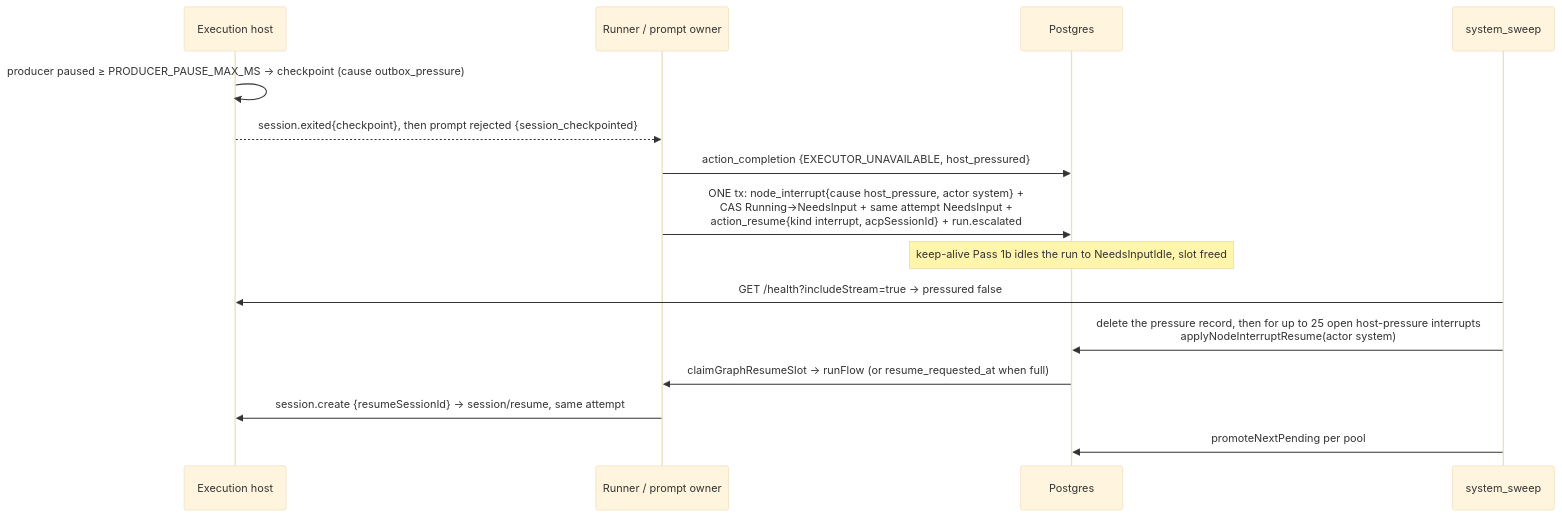
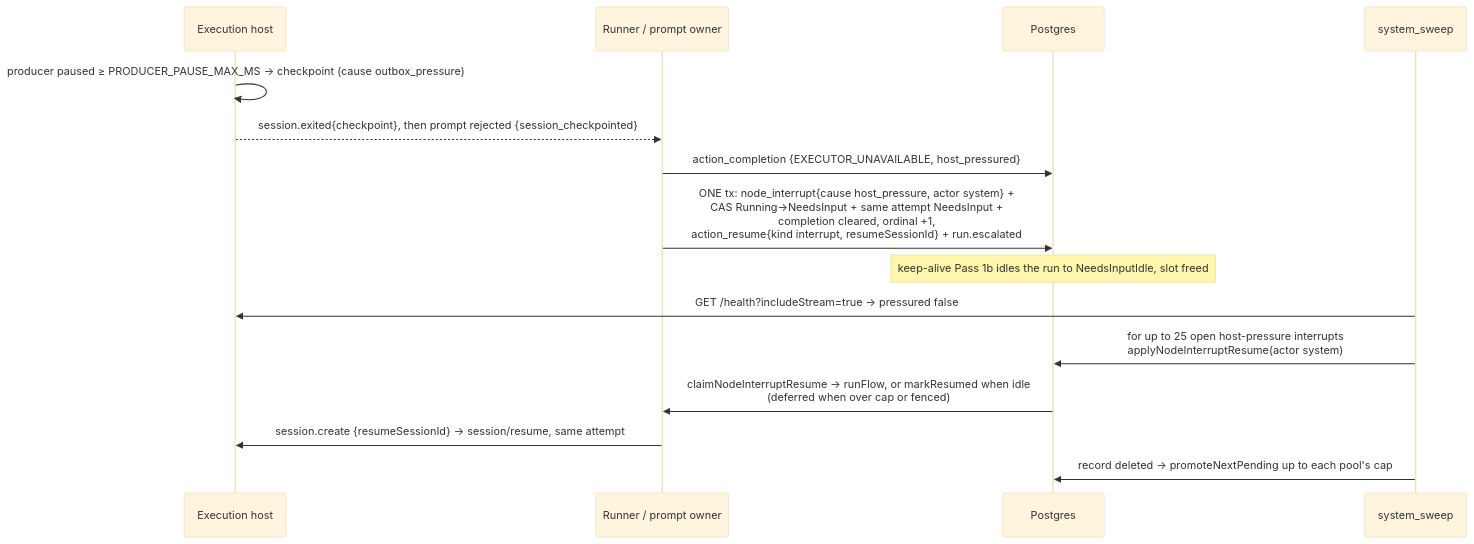
Before and after one commit to maister-dev/maister: the sixth of 6 diagrams in docs/system-analytics/run-continuation.md, drawn with Mermaid (base theme). The commit also changed other lines of this file and 29 other files, not shown here.

````diff
--- a/docs/system-analytics/run-continuation.md
+++ b/docs/system-analytics/run-continuation.md
@@ -176,17 +183,17 @@
 ```mermaid
 sequenceDiagram
     participant H as Execution host
     participant R as Runner / prompt owner
     participant D as Postgres
     participant S as system_sweep
     H->>H: producer paused ≥ PRODUCER_PAUSE_MAX_MS → checkpoint (cause outbox_pressure)
     H-->>R: session.exited{checkpoint}, then prompt rejected {session_checkpointed}
     R->>D: action_completion {EXECUTOR_UNAVAILABLE, host_pressured}
-    R->>D: ONE tx: node_interrupt{cause host_pressure, actor system} +<br/>CAS Running→NeedsInput + same attempt NeedsInput +<br/>action_resume{kind interrupt, acpSessionId} + run.escalated
+    R->>D: ONE tx: node_interrupt{cause host_pressure, actor system} +<br/>CAS Running→NeedsInput + same attempt NeedsInput +<br/>completion cleared, ordinal +1,<br/>action_resume{kind interrupt, resumeSessionId} + run.escalated
     Note over D: keep-alive Pass 1b idles the run to NeedsInputIdle, slot freed
     S->>H: GET /health?includeStream=true → pressured false
-    S->>D: delete the pressure record, then for up to 25 open host-pressure interrupts<br/>applyNodeInterruptResume(actor system)
-    D->>R: claimGraphResumeSlot → runFlow (or resume_requested_at when full)
+    S->>D: for up to 25 open host-pressure interrupts<br/>applyNodeInterruptResume(actor system)
+    D->>R: claimNodeInterruptResume → runFlow, or markResumed when idle<br/>(deferred when over cap or fenced)
     R->>H: session.create {resumeSessionId} → session/resume, same attempt
-    S->>D: promoteNextPending per pool
+    S->>D: record deleted → promoteNextPending up to each pool's cap
 ```
````
